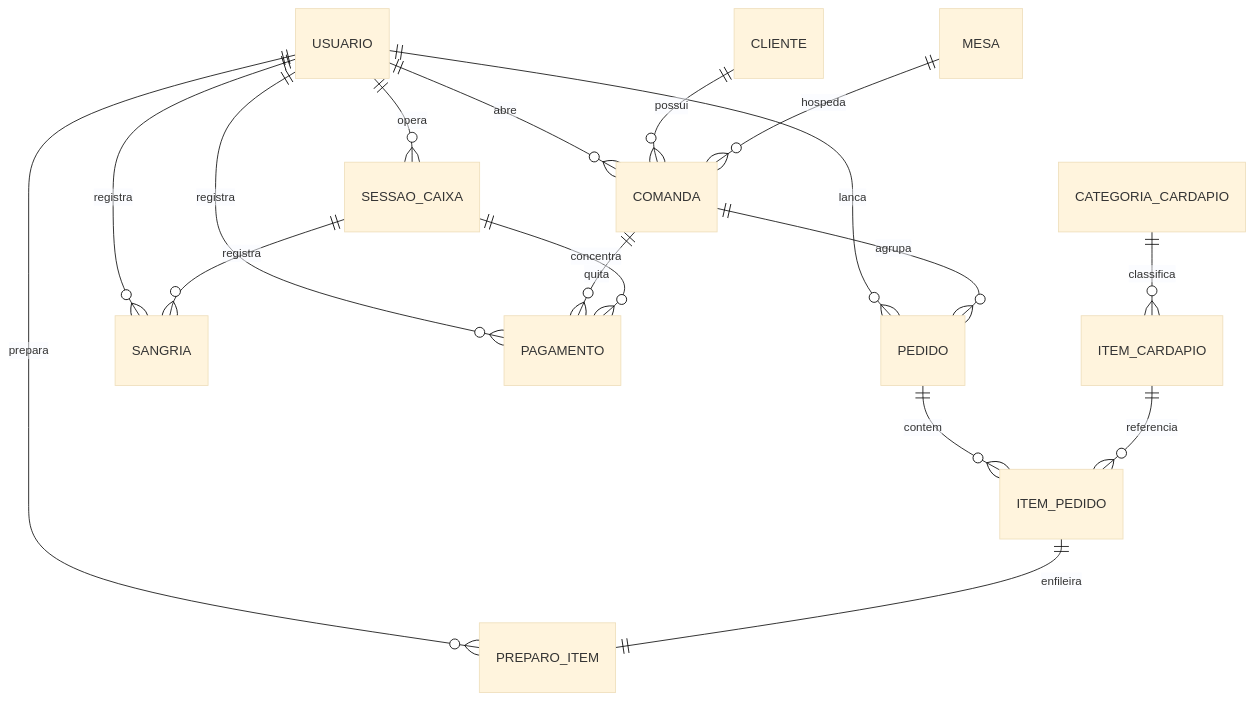
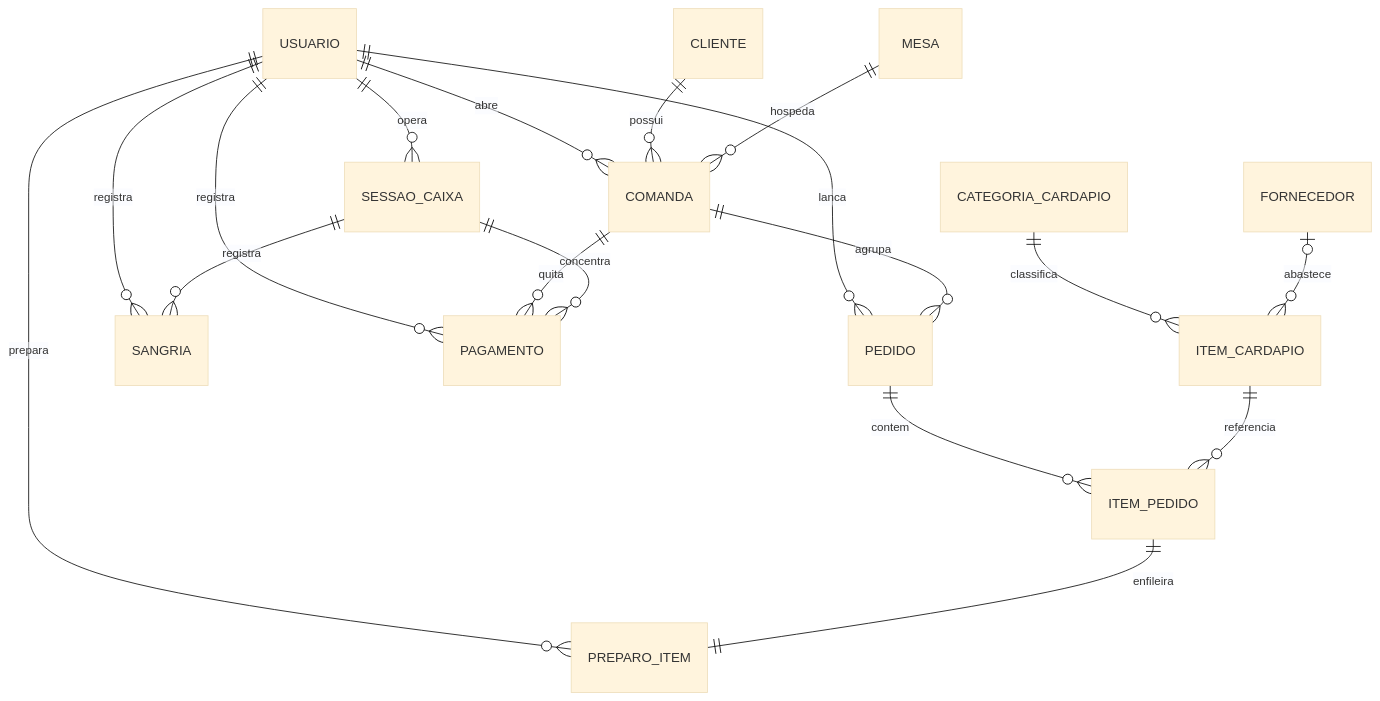
Before and after one commit to murilolol/spring: the third of 7 diagrams in docs/ARQUITETURA.md, drawn with Mermaid (base theme). The commit also changed other lines of this file and 37 other files, not shown here.

````diff
--- a/docs/ARQUITETURA.md
+++ b/docs/ARQUITETURA.md
@@ -114,19 +114,20 @@
 ```mermaid
 erDiagram
     USUARIO ||--o{ COMANDA : "abre"
     USUARIO ||--o{ PEDIDO : "lanca"
     USUARIO ||--o{ PREPARO_ITEM : "prepara"
     USUARIO ||--o{ SESSAO_CAIXA : "opera"
     USUARIO ||--o{ SANGRIA : "registra"
     USUARIO ||--o{ PAGAMENTO : "registra"
     CATEGORIA_CARDAPIO ||--o{ ITEM_CARDAPIO : "classifica"
+    FORNECEDOR |o--o{ ITEM_CARDAPIO : "abastece"
     CLIENTE ||--o{ COMANDA : "possui"
     MESA ||--o{ COMANDA : "hospeda"
     COMANDA ||--o{ PEDIDO : "agrupa"
     COMANDA ||--o{ PAGAMENTO : "quita"
     PEDIDO ||--o{ ITEM_PEDIDO : "contem"
     ITEM_CARDAPIO ||--o{ ITEM_PEDIDO : "referencia"
     ITEM_PEDIDO ||--|| PREPARO_ITEM : "enfileira"
     SESSAO_CAIXA ||--o{ SANGRIA : "registra"
     SESSAO_CAIXA ||--o{ PAGAMENTO : "concentra"
 ```
````
